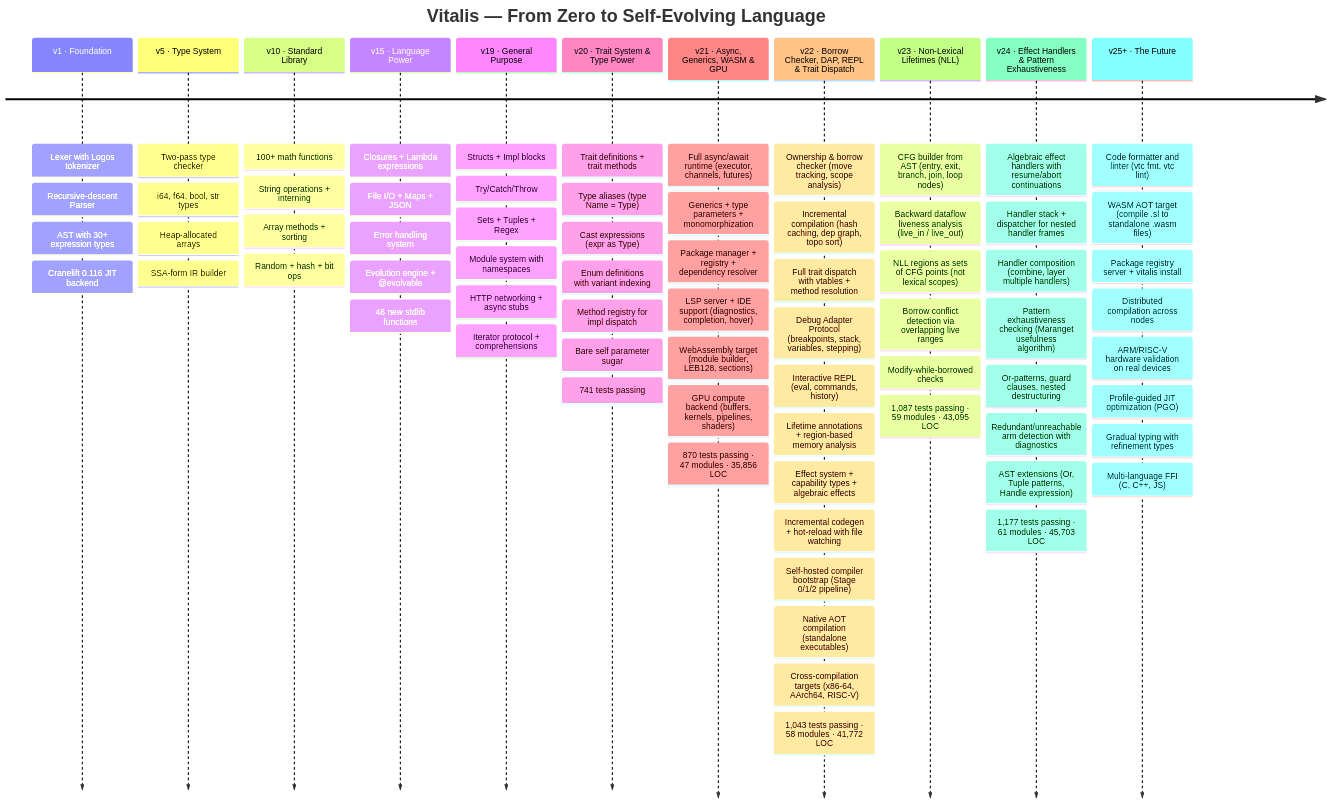
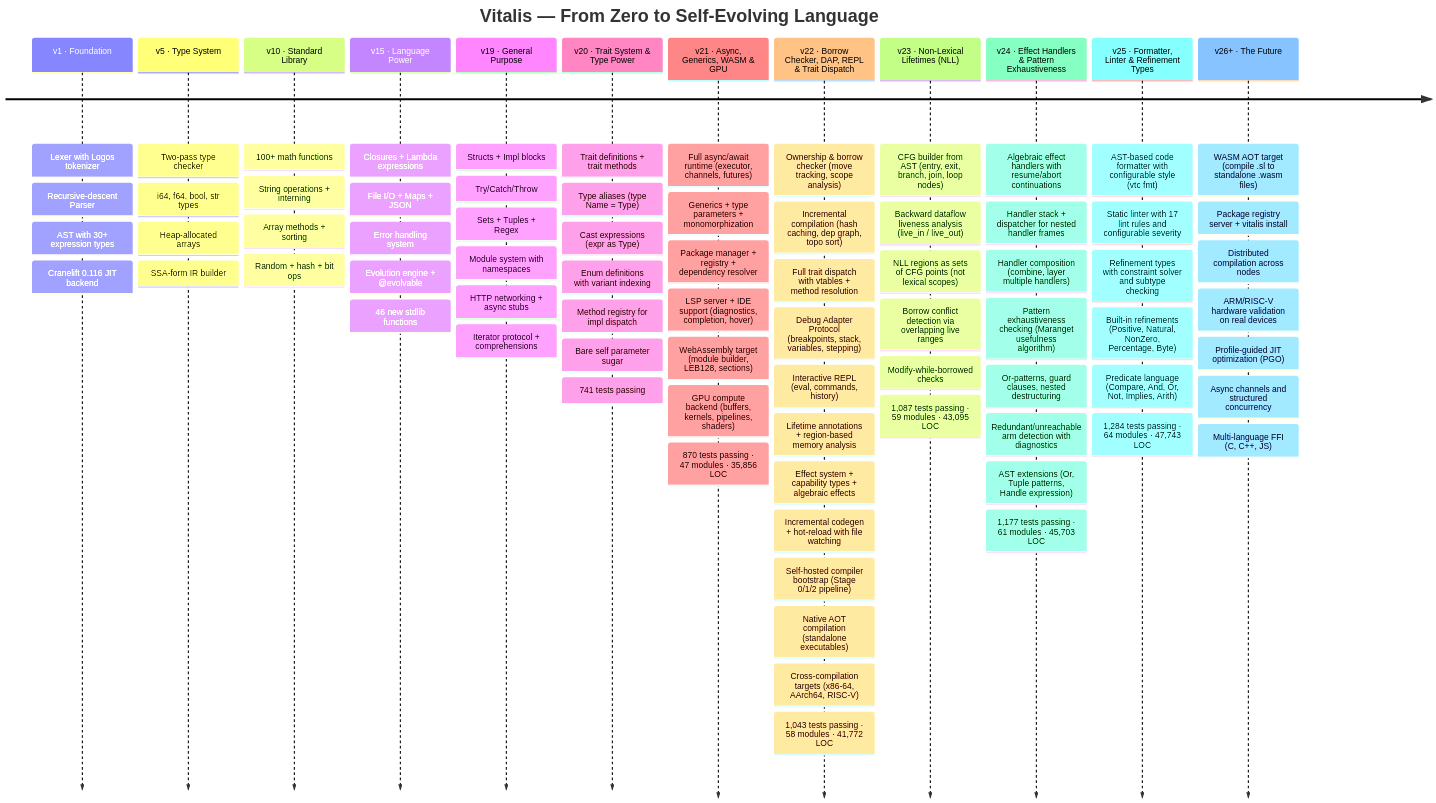
Before and after one commit to ModernOps888/vitalis: the seventh of 7 diagrams in README.md, drawn with Mermaid. The commit also changed other lines of this file and 10 other files, not shown here.

First line of the commit message:
v25.0.0: Code formatter, static linter, refinement types

````diff
--- a/README.md
+++ b/README.md
@@ -1084,13 +1091,20 @@
         : AST extensions (Or, Tuple patterns, Handle expression)
         : 1,177 tests passing · 61 modules · 45,703 LOC
 
-    v25+ · The Future
-        : Code formatter and linter (vtc fmt, vtc lint)
+    v25 · Formatter, Linter & Refinement Types
+        : AST-based code formatter with configurable style (vtc fmt)
+        : Static linter with 17 lint rules and configurable severity
+        : Refinement types with constraint solver and subtype checking
+        : Built-in refinements (Positive, Natural, NonZero, Percentage, Byte)
+        : Predicate language (Compare, And, Or, Not, Implies, Arith)
+        : 1,284 tests passing · 64 modules · 47,743 LOC
+
+    v26+ · The Future
         : WASM AOT target (compile .sl to standalone .wasm files)
         : Package registry server + vitalis install
         : Distributed compilation across nodes
         : ARM/RISC-V hardware validation on real devices
         : Profile-guided JIT optimization (PGO)
-        : Gradual typing with refinement types
+        : Async channels and structured concurrency
         : Multi-language FFI (C, C++, JS)
 ```
````
